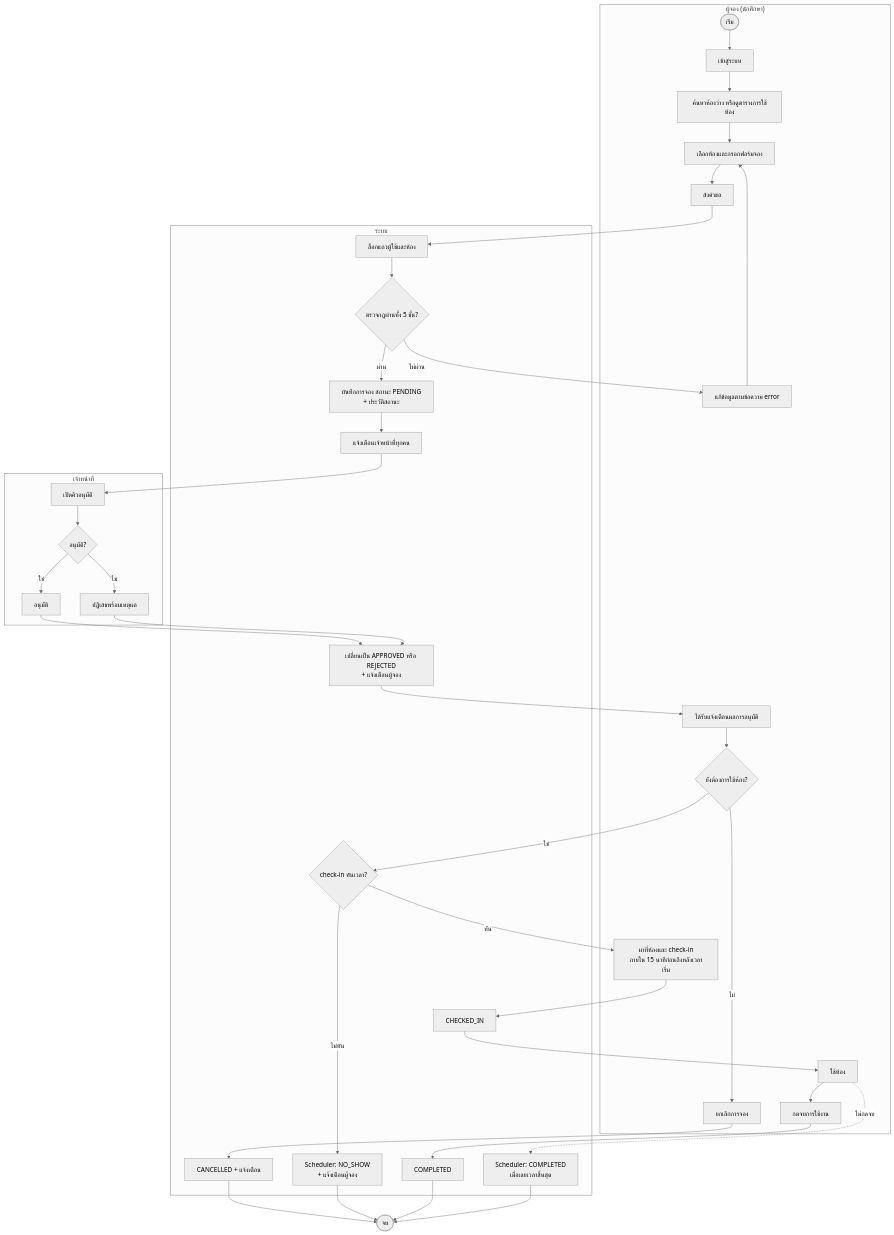
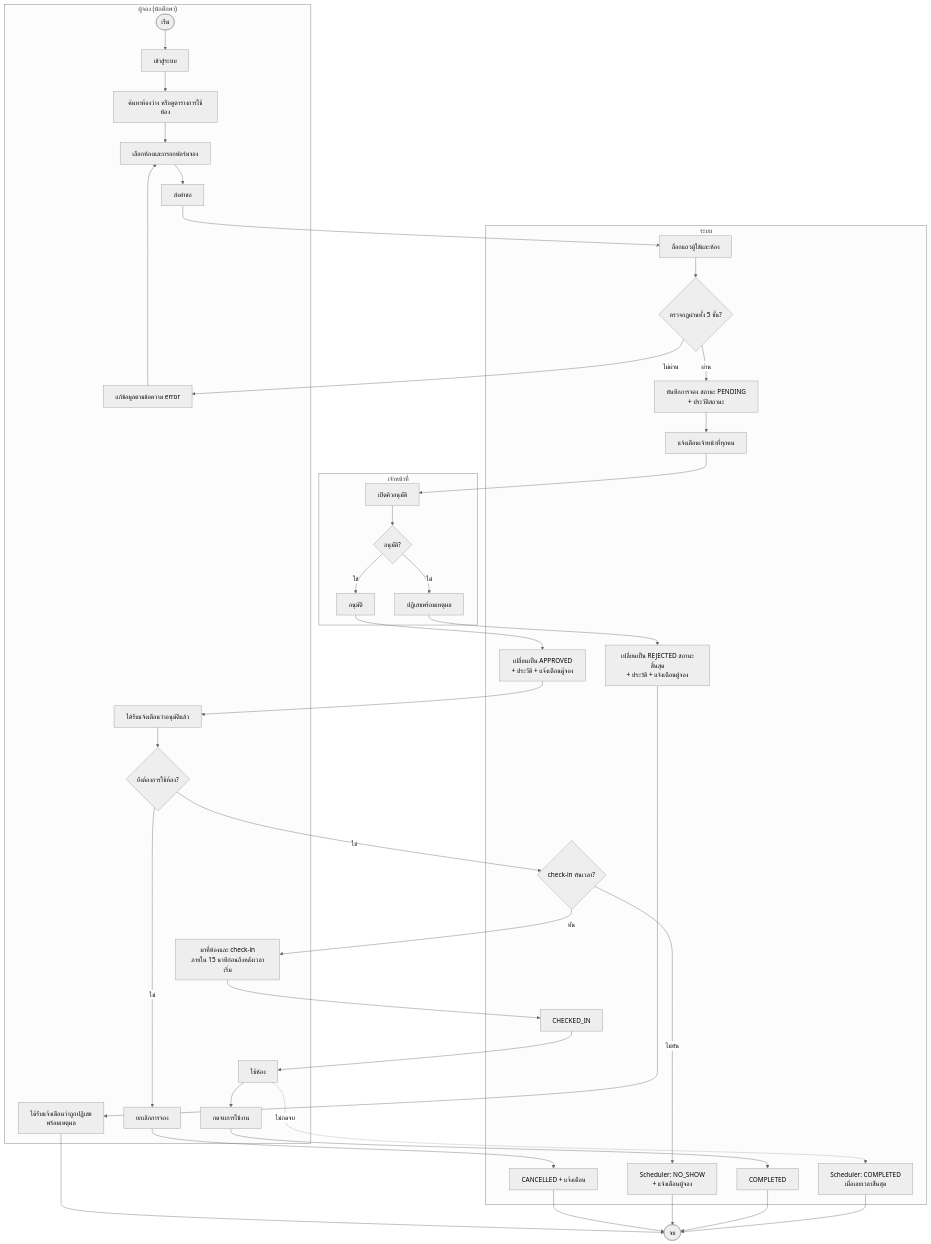
Before and after one commit to ChillChill007x/sc09-room-booking: the first of 3 diagrams in doc/diagrams/activity-diagram.md, drawn with Mermaid (neutral theme). The commit also changed other lines of this file and 1 other file, not shown here.

Commit message:
docs: align chapter 3 with code and fix activity diagram rendering

````diff
--- a/doc/diagrams/activity-diagram.md
+++ b/doc/diagrams/activity-diagram.md
@@ -7,50 +7,52 @@
 ```mermaid
 flowchart TB
     subgraph USER["ผู้จอง (นักศึกษา)"]
         A1([เริ่ม]) --> A2[เข้าสู่ระบบ]
         A2 --> A3[ค้นหาห้องว่าง หรือดูตารางการใช้ห้อง]
         A3 --> A4[เลือกห้องและกรอกฟอร์มจอง]
         A4 --> A5[ส่งคำขอ]
         A9[แก้ข้อมูลตามข้อความ error] --> A4
-        A12[ได้รับแจ้งเตือนผลการอนุมัติ]
+        A12[ได้รับแจ้งเตือนว่าอนุมัติแล้ว]
+        A18[ได้รับแจ้งเตือนว่าถูกปฏิเสธ<br/>พร้อมเหตุผล]
         A13{ยังต้องการใช้ห้อง?}
         A14[ยกเลิกการจอง]
         A15[มาที่ห้องและ check-in<br/>ภายใน 15 นาทีก่อนถึงหลังเวลาเริ่ม]
         A16[ใช้ห้อง]
         A17[กดจบการใช้งาน]
     end
 
     subgraph SYS["ระบบ"]
         S1[ล็อกแถวผู้ใช้และห้อง]
         S2{ตรวจกฎผ่านทั้ง 5 ขั้น?}
         S3[บันทึกการจอง สถานะ PENDING<br/>+ ประวัติสถานะ]
         S4[แจ้งเตือนเจ้าหน้าที่ทุกคน]
-        S8[เปลี่ยนเป็น APPROVED หรือ REJECTED<br/>+ แจ้งเตือนผู้จอง]
+        S8[เปลี่ยนเป็น APPROVED<br/>+ ประวัติ + แจ้งเตือนผู้จอง]
+        S9[เปลี่ยนเป็น REJECTED สถานะสิ้นสุด<br/>+ ประวัติ + แจ้งเตือนผู้จอง]
         S10{check-in ทันเวลา?}
         S11[CHECKED_IN]
         S12[Scheduler: NO_SHOW<br/>+ แจ้งเตือนผู้จอง]
         S13[Scheduler: COMPLETED<br/>เมื่อเลยเวลาสิ้นสุด]
         S14[CANCELLED + แจ้งเตือน]
         S15[COMPLETED]
     end
 
     subgraph STAFF["เจ้าหน้าที่"]
         T1[เปิดคิวอนุมัติ]
         T2{อนุมัติ?}
         T3[อนุมัติ]
         T4[ปฏิเสธพร้อมเหตุผล]
     end
 
     A5 --> S1 --> S2
     S2 -- ไม่ผ่าน --> A9
     S2 -- ผ่าน --> S3 --> S4 --> T1 --> T2
     T2 -- ใช่ --> T3 --> S8
-    T2 -- ไม่ --> T4 --> S8
+    T2 -- ไม่ --> T4 --> S9 --> A18 --> E1([จบ])
     S8 --> A12 --> A13
     A13 -- ไม่ --> A14 --> S14 --> E1([จบ])
     A13 -- ใช่ --> S10
     S10 -- ไม่ทัน --> S12 --> E1
     S10 -- ทัน --> A15 --> S11 --> A16
     A16 --> A17 --> S15 --> E1
     A16 -. ไม่กดจบ .-> S13 --> E1
 ```
````
